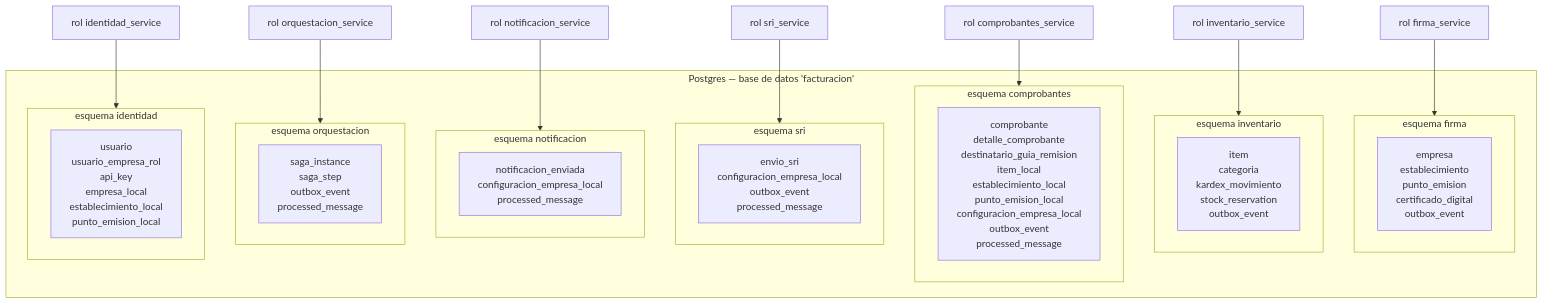
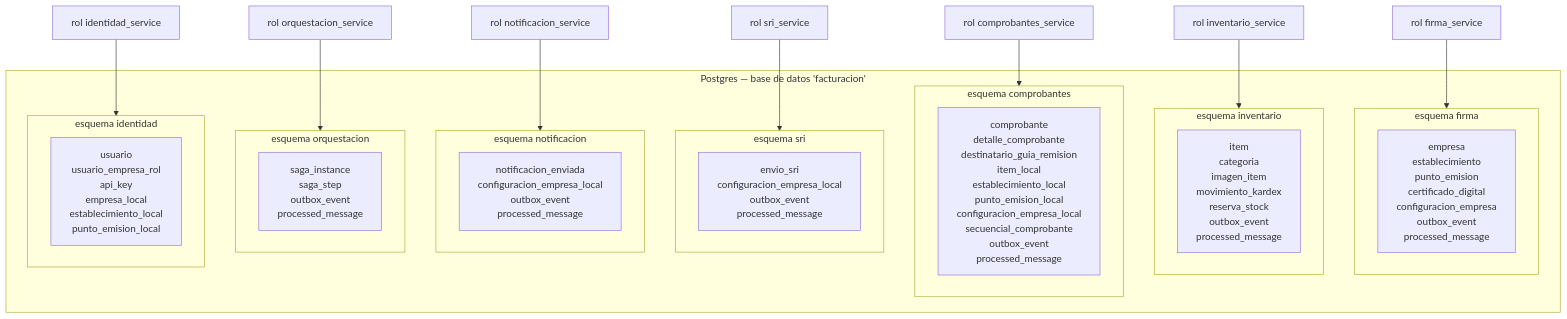
Before and after one commit to ingcharles/docker-kafka: the fourth of 4 diagrams in facturacion-electronica-ec/ARQUITECTURA.md, drawn with Mermaid. The commit also changed other lines of this file and 103 other files, not shown here.

````diff
--- a/facturacion-electronica-ec/ARQUITECTURA.md
+++ b/facturacion-electronica-ec/ARQUITECTURA.md
@@ -265,33 +265,33 @@
 ```mermaid
 graph TB
     subgraph PG["Postgres — base de datos 'facturacion'"]
         subgraph S1["esquema firma"]
-            T1["empresa<br/>establecimiento<br/>punto_emision<br/>certificado_digital<br/>outbox_event"]
+            T1["empresa<br/>establecimiento<br/>punto_emision<br/>certificado_digital<br/>configuracion_empresa<br/>outbox_event<br/>processed_message"]
         end
         subgraph S2["esquema inventario"]
-            T2["item<br/>categoria<br/>kardex_movimiento<br/>stock_reservation<br/>outbox_event"]
+            T2["item<br/>categoria<br/>imagen_item<br/>movimiento_kardex<br/>reserva_stock<br/>outbox_event<br/>processed_message"]
         end
         subgraph S3["esquema comprobantes"]
-            T3["comprobante<br/>detalle_comprobante<br/>destinatario_guia_remision<br/>item_local<br/>establecimiento_local<br/>punto_emision_local<br/>configuracion_empresa_local<br/>outbox_event<br/>processed_message"]
+            T3["comprobante<br/>detalle_comprobante<br/>destinatario_guia_remision<br/>item_local<br/>establecimiento_local<br/>punto_emision_local<br/>configuracion_empresa_local<br/>secuencial_comprobante<br/>outbox_event<br/>processed_message"]
         end
         subgraph S4["esquema sri"]
             T4["envio_sri<br/>configuracion_empresa_local<br/>outbox_event<br/>processed_message"]
         end
         subgraph S5["esquema notificacion"]
-            T5["notificacion_enviada<br/>configuracion_empresa_local<br/>processed_message"]
+            T5["notificacion_enviada<br/>configuracion_empresa_local<br/>outbox_event<br/>processed_message"]
         end
         subgraph S6["esquema orquestacion"]
             T6["saga_instance<br/>saga_step<br/>outbox_event<br/>processed_message"]
         end
         subgraph S7["esquema identidad"]
             T7["usuario<br/>usuario_empresa_rol<br/>api_key<br/>empresa_local<br/>establecimiento_local<br/>punto_emision_local"]
         end
     end
     R1["rol firma_service"] --> S1
     R2["rol inventario_service"] --> S2
     R3["rol comprobantes_service"] --> S3
     R4["rol sri_service"] --> S4
     R5["rol notificacion_service"] --> S5
     R6["rol orquestacion_service"] --> S6
     R7["rol identidad_service"] --> S7
 ```
````
